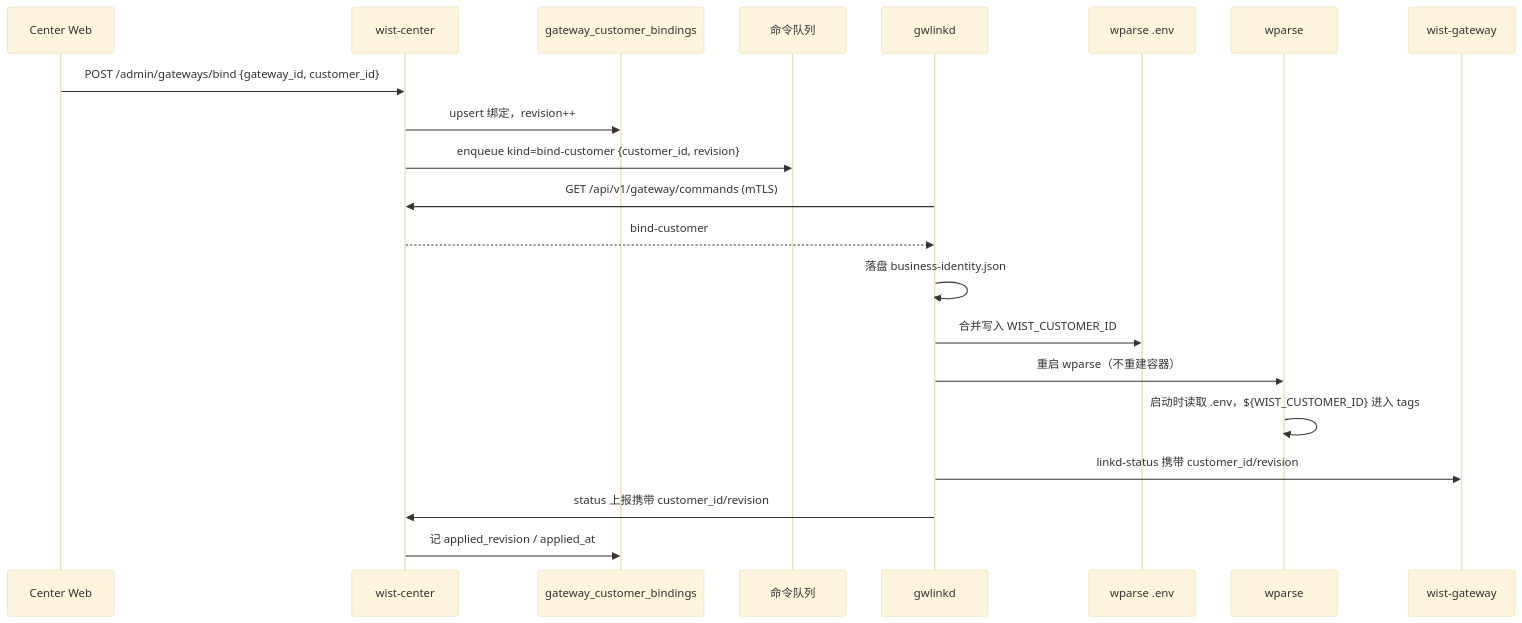
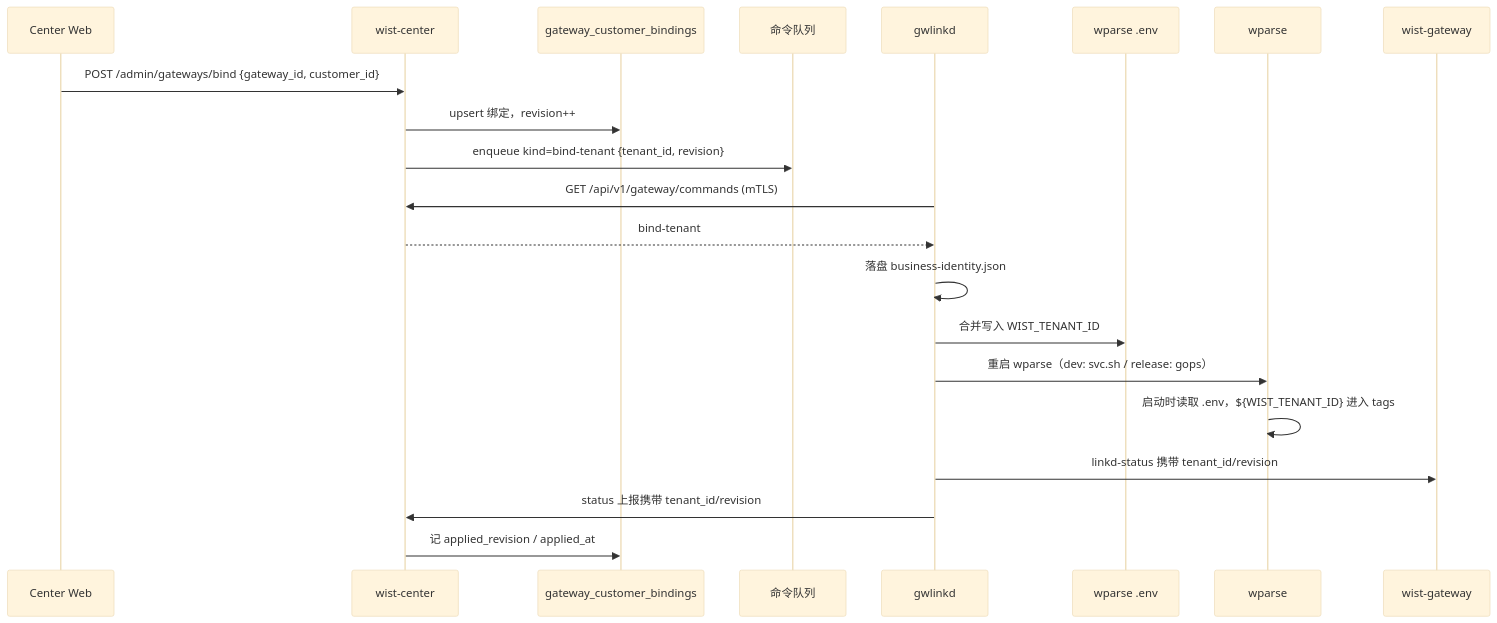
One commit to dayu-sec/wist-design changed the diagram in doc/design/edge/gateway-business-identity.md. Above: the diagram before and after it, drawn with Mermaid (base theme). The commit also changed other lines of this file and 3 other files, not shown here.

````diff
--- a/doc/design/edge/gateway-business-identity.md
+++ b/doc/design/edge/gateway-business-identity.md
@@ -183,24 +223,24 @@
 ```mermaid
 sequenceDiagram
     participant Admin as Center Web
     participant C as wist-center
     participant DB as gateway_customer_bindings
     participant Q as 命令队列
     participant L as gwlinkd
     participant ENV as wparse .env
     participant W as wparse
     participant G as wist-gateway
 
     Admin->>C: POST /admin/gateways/bind {gateway_id, customer_id}
     C->>DB: upsert 绑定，revision++
-    C->>Q: enqueue kind=bind-customer {customer_id, revision}
+    C->>Q: enqueue kind=bind-tenant {tenant_id, revision}
     L->>C: GET /api/v1/gateway/commands (mTLS)
-    C-->>L: bind-customer
+    C-->>L: bind-tenant
     L->>L: 落盘 business-identity.json
-    L->>ENV: 合并写入 WIST_CUSTOMER_ID
-    L->>W: 重启 wparse（不重建容器）
-    W->>W: 启动时读取 .env，${WIST_CUSTOMER_ID} 进入 tags
-    L->>G: linkd-status 携带 customer_id/revision
-    L->>C: status 上报携带 customer_id/revision
+    L->>ENV: 合并写入 WIST_TENANT_ID
+    L->>W: 重启 wparse（dev: svc.sh / release: gops）
+    W->>W: 启动时读取 .env，${WIST_TENANT_ID} 进入 tags
+    L->>G: linkd-status 携带 tenant_id/revision
+    L->>C: status 上报携带 tenant_id/revision
     C->>DB: 记 applied_revision / applied_at
 ```
````
